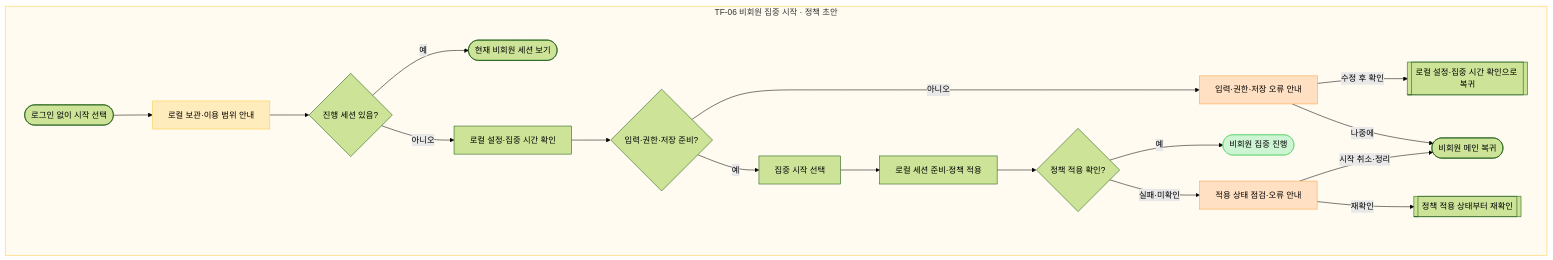
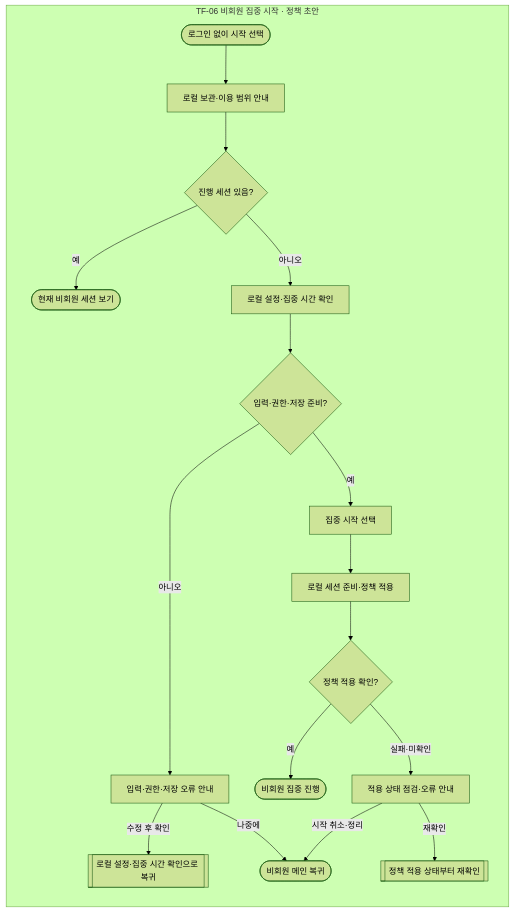
One commit to kdu-sw-capstone/capstone-project changed the sixth of 13 diagrams in docs/design/01_UX_기능설계/FOCURVE_Task_Flow_v1.0.md. Above: the diagram before and after it, drawn with Mermaid (forest theme). The commit also changed other lines of this file and 34 other files, not shown here.

````diff
--- a/docs/design/01_UX_기능설계/FOCURVE_Task_Flow_v1.0.md
+++ b/docs/design/01_UX_기능설계/FOCURVE_Task_Flow_v1.0.md
@@ -327,40 +312,36 @@
 ```mermaid
 flowchart TB
 subgraph taskSix["TF-06 비회원 집중 시작 · 정책 초안"]
+    direction TB
 guestEntry(["로그인 없이 시작 선택"])
 guestNotice["로컬 보관·이용 범위 안내"]
 guestActive{"진행 세션 있음?"}
 guestExisting(["현재 비회원 세션 보기"])
 guestConfig["로컬 설정·집중 시간 확인"]
 guestValid{"입력·권한·저장 준비?"}
 guestFix["입력·권한·저장 오류 안내"]
 guestStart["집중 시작 선택"]
 guestWait["로컬 세션 준비·정책 적용"]
 guestApplied{"정책 적용 확인?"}
 guestError["적용 상태 점검·오류 안내"]
 guestRun(["비회원 집중 진행"])
 guestBack(["비회원 메인 복귀"])
 guestEntry --> guestNotice
 guestNotice --> guestActive
 guestActive -->|"예"| guestExisting
 guestActive -->|"아니오"| guestConfig
 guestConfig --> guestValid
 guestValid -->|"아니오"| guestFix
 guestFix -->|"수정 후 확인"| guestRetryConfig
 guestFix -->|"나중에"| guestBack
 guestValid -->|"예"| guestStart
 guestStart --> guestWait
 guestWait --> guestApplied
 guestApplied -->|"예"| guestRun
 guestApplied -->|"실패·미확인"| guestError
 guestError -->|"재확인"| guestRetryApply
 guestError -->|"시작 취소·정리"| guestBack
 guestRetryConfig[["로컬 설정·집중 시간 확인으로 복귀"]]
 guestRetryApply[["정책 적용 상태부터 재확인"]]
 end
-style taskSix fill:#FFFBF0,stroke:#FFC943
-style guestNotice fill:#FFECBD,stroke:#FFC943
-style guestFix fill:#FFE0C2,stroke:#FF9E42
-style guestError fill:#FFE0C2,stroke:#FF9E42
-style guestRun fill:#CDF4D3,stroke:#66D575
 ```
````
